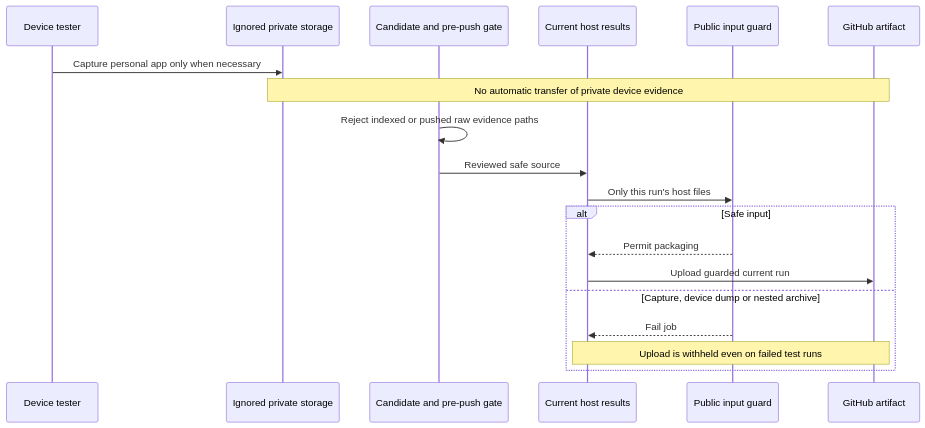
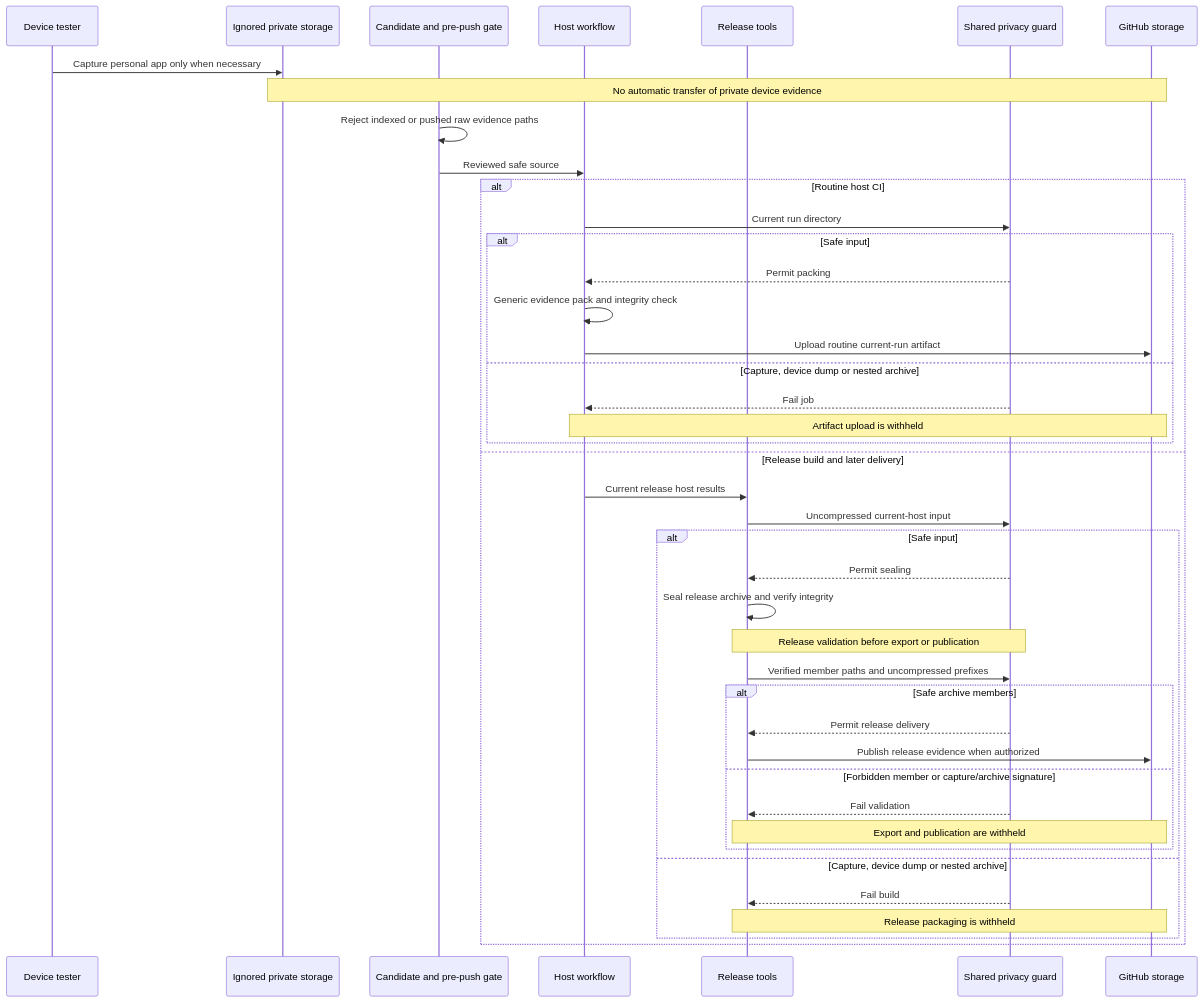
Before and after one commit to PhiLong-Ho/agent-dev-template: the second of 2 diagrams in docs/PRIVACY.md, drawn with Mermaid. The commit also changed other lines of this file and 20 other files, not shown here.

Commit message:
Guard verified release archive members before publication (#7)

````diff
--- a/docs/PRIVACY.md
+++ b/docs/PRIVACY.md
@@ -48,21 +60,44 @@
 ```mermaid
 sequenceDiagram
     participant Test as Device tester
     participant Local as Ignored private storage
     participant Git as Candidate and pre-push gate
-    participant CI as Current host results
-    participant Guard as Public input guard
-    participant GH as GitHub artifact
+    participant CI as Host workflow
+    participant Rel as Release tools
+    participant Guard as Shared privacy guard
+    participant GH as GitHub storage
     Test->>Local: Capture personal app only when necessary
     Note over Local,GH: No automatic transfer of private device evidence
     Git->>Git: Reject indexed or pushed raw evidence paths
     Git->>CI: Reviewed safe source
-    CI->>Guard: Only this run's host files
-    alt Safe input
-        Guard-->>CI: Permit packaging
-        CI->>GH: Upload guarded current run
-    else Capture, device dump or nested archive
-        Guard-->>CI: Fail job
-        Note over CI,GH: Upload is withheld even on failed test runs
+    alt Routine host CI
+        CI->>Guard: Current run directory
+        alt Safe input
+            Guard-->>CI: Permit packing
+            CI->>CI: Generic evidence pack and integrity check
+            CI->>GH: Upload routine current-run artifact
+        else Capture, device dump or nested archive
+            Guard-->>CI: Fail job
+            Note over CI,GH: Artifact upload is withheld
+        end
+    else Release build and later delivery
+        CI->>Rel: Current release host results
+        Rel->>Guard: Uncompressed current-host input
+        alt Safe input
+            Guard-->>Rel: Permit sealing
+            Rel->>Rel: Seal release archive and verify integrity
+            Note over Rel,Guard: Release validation before export or publication
+            Rel->>Guard: Verified member paths and uncompressed prefixes
+            alt Safe archive members
+                Guard-->>Rel: Permit release delivery
+                Rel->>GH: Publish release evidence when authorized
+            else Forbidden member or capture/archive signature
+                Guard-->>Rel: Fail validation
+                Note over Rel,GH: Export and publication are withheld
+            end
+        else Capture, device dump or nested archive
+            Guard-->>Rel: Fail build
+            Note over Rel,GH: Release packaging is withheld
+        end
     end
 ```
````
